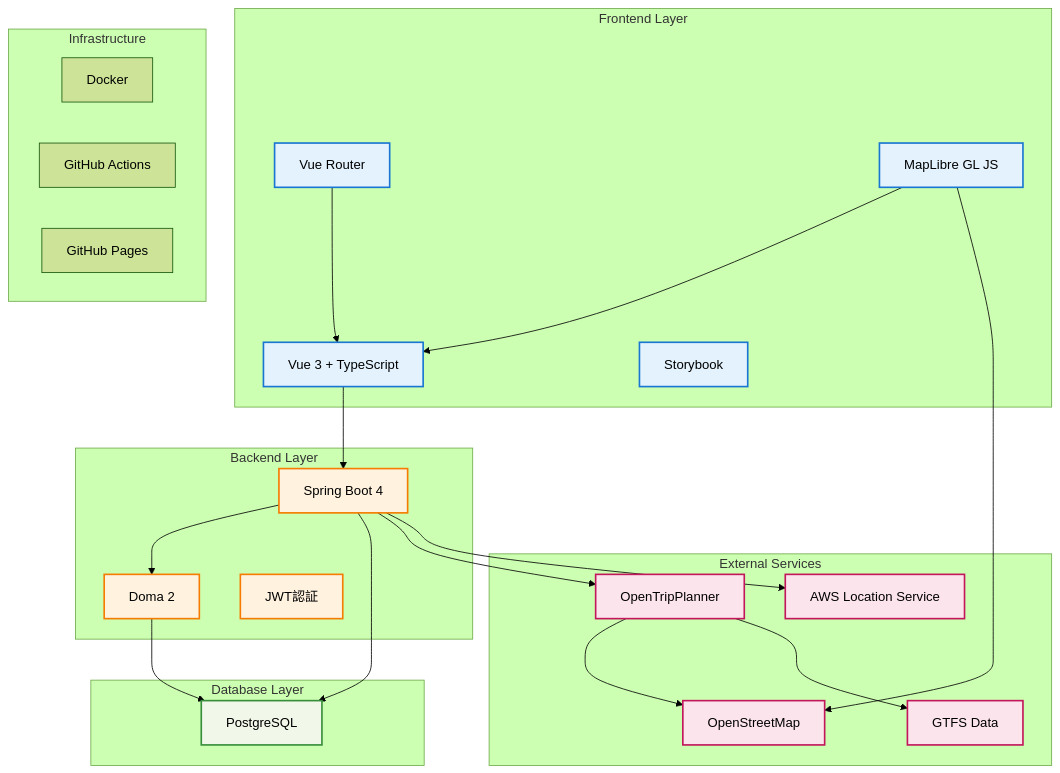
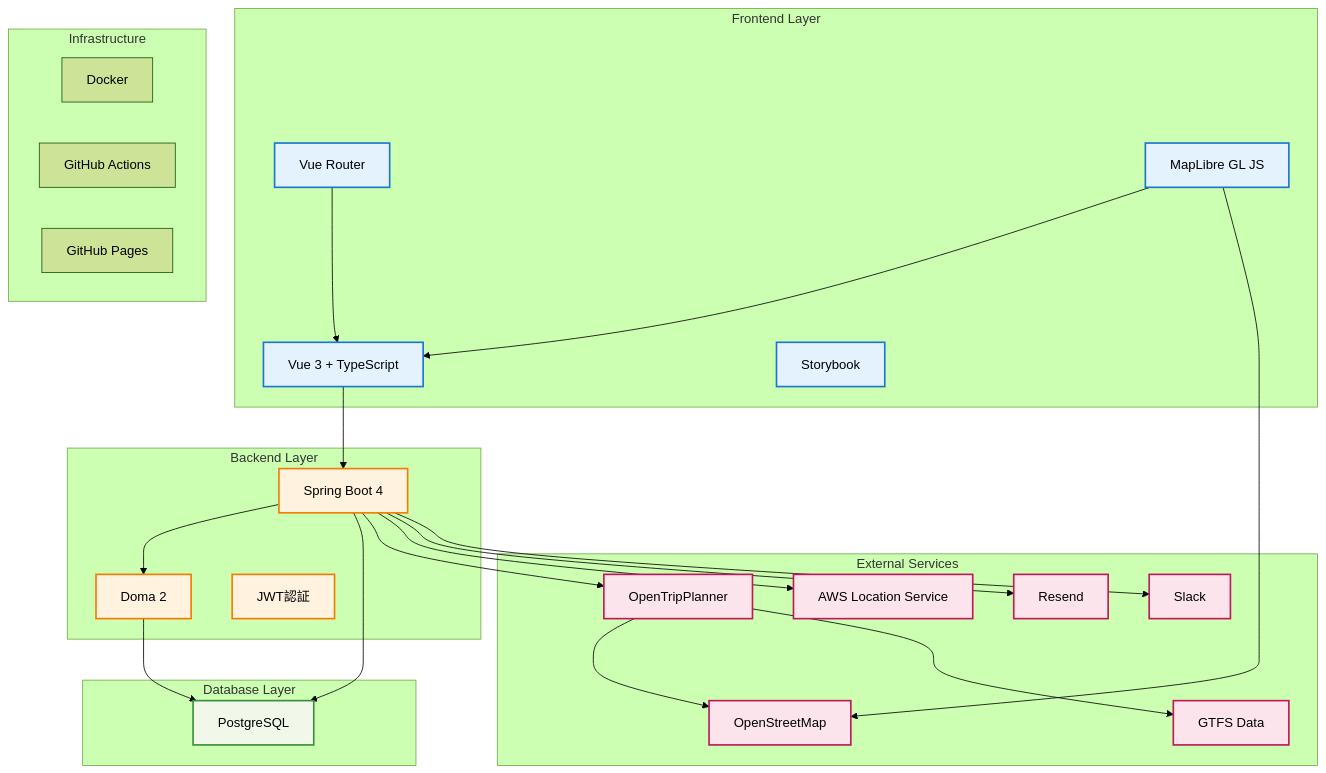
The diagram in docs/01_overview/tech_stack.md (taichi0373/kumamoto-henno-map), drawn with Mermaid (forest theme) before and after one commit. The commit also changed other lines of this file and 26 other files, not shown here.

````diff
--- a/docs/01_overview/tech_stack.md
+++ b/docs/01_overview/tech_stack.md
@@ -5,54 +5,58 @@
 ```mermaid
 graph TB
     subgraph "Frontend Layer"
         A[Vue 3 + TypeScript]
         B[Vue Router]
         C[MapLibre GL JS]
         D[Storybook]
     end
 
     subgraph "Backend Layer"
         E[Spring Boot 4]
         F[Doma 2]
         G[JWT認証]
     end
 
     subgraph "Database Layer"
         H[PostgreSQL]
     end
 
     subgraph "External Services"
         I[OpenTripPlanner]
         J[OpenStreetMap]
         K[GTFS Data]
         O[AWS Location Service]
+        P[Resend]
+        Q[Slack]
     end
 
     subgraph "Infrastructure"
         L[Docker]
         M[GitHub Actions]
         N[GitHub Pages]
     end
 
     A --> E
     B --> A
     C --> A
     E --> F
     F --> H
     E --> H
     E --> I
     E --> O
+    E --> P
+    E --> Q
     I --> J
     I --> K
     C --> J
 
     classDef frontend fill:#e3f2fd,stroke:#1976d2,stroke-width:2px
     classDef backend fill:#fff3e0,stroke:#f57c00,stroke-width:2px
     classDef database fill:#f1f8e9,stroke:#388e3c,stroke-width:2px
     classDef external fill:#fce4ec,stroke:#c2185b,stroke-width:2px
 
     class A,B,C,D frontend
     class E,F,G backend
     class H database
-    class I,J,K,O external
+    class I,J,K,O,P,Q external
 ```
````
